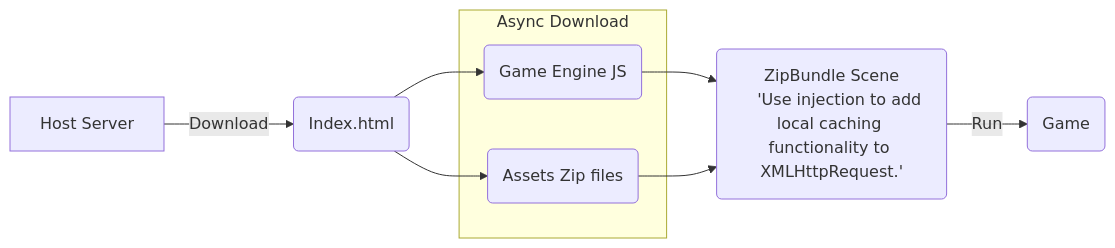
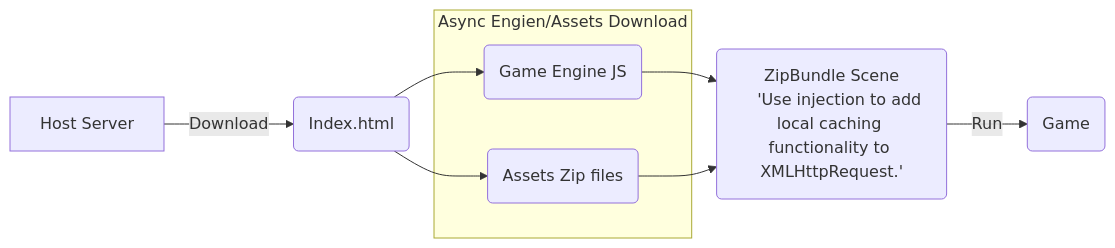
One commit to BricL/CC3.WebZipBundle changed the second of 3 diagrams in README.md. Above: the diagram before and after it, drawn with Mermaid.

Commit message:
Update README.md to rename subgraph for asynchronous engine/assets download

````diff
--- a/README.md
+++ b/README.md
@@ -41,13 +41,13 @@
 ```mermaid
 flowchart LR
-    subgraph Async Download
+    subgraph Async Engien/Assets Download
         C(Game Engine JS)
         D(ZipBundle Scene)
     end
 
     A[Host Server] -->|Download| B(Index.html)
     B --> C(Game Engine JS) & D(Assets Zip files)
     C & D --> E("ZipBundle Scene
     'Use injection to add local caching functionality to XMLHttpRequest.'")
     E -- Run --> F(Game)
 ```
````
